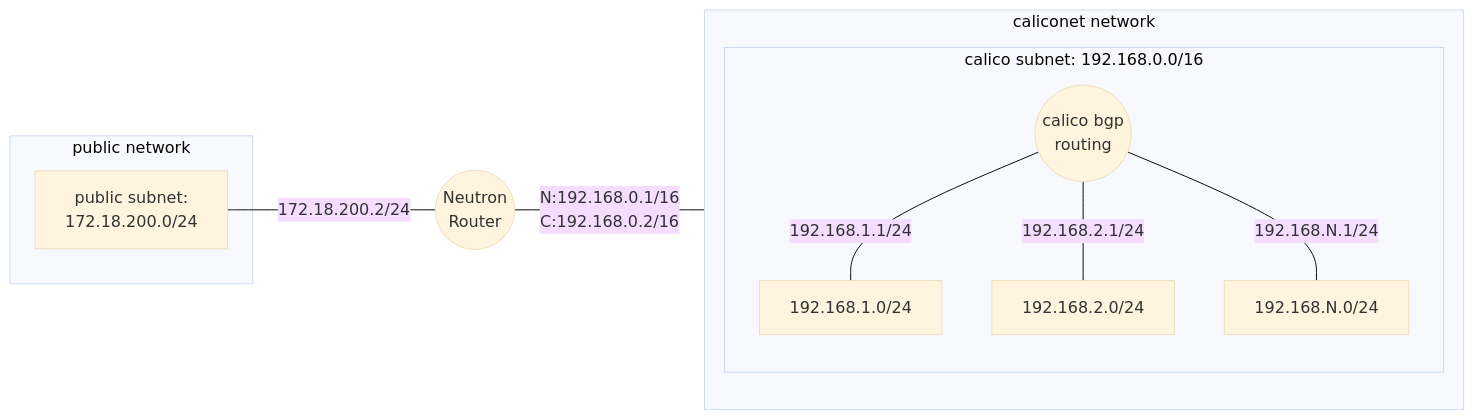
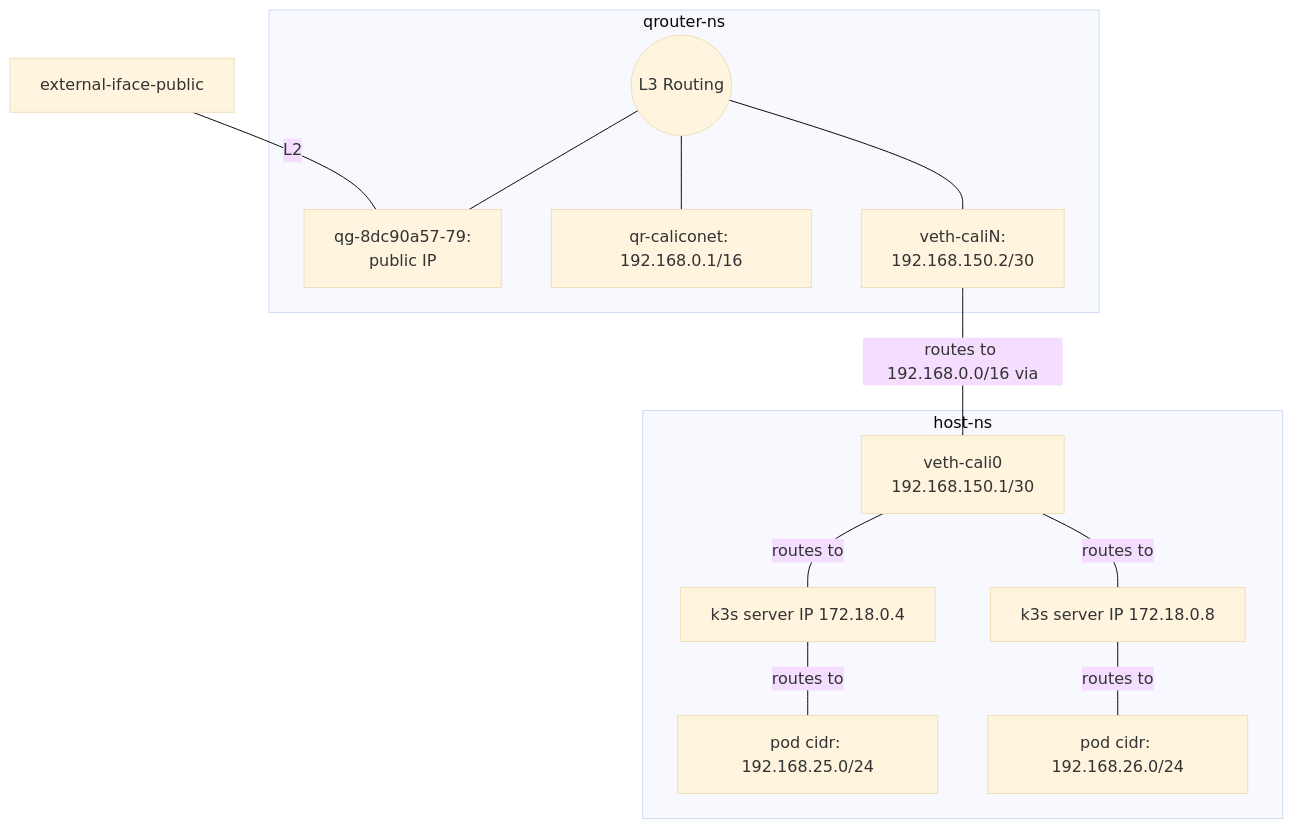
The sixth of 7 diagrams in docs/chi_edge/networking.md (ChameleonCloud/chi-edge-docs), drawn with Mermaid (base theme) before and after one commit. The commit also changed other lines of this file, not shown here.

Commit message:
document neutron->calico theory

````diff
--- a/docs/chi_edge/networking.md
+++ b/docs/chi_edge/networking.md
@@ -219,24 +233,18 @@
 ```mermaid
-flowchart LR
 
-    neutron-router((Neutron \n Router))
+flowchart TD
+  
+    external-iface-public-- L2 --- qg-public
 
-    subgraph public network
-        public-subnet[public subnet: \n 172.18.200.0/24]
+    subgraph qrouter-ns
+        iptables((L3 Routing))
+        iptables --- qg-public[qg-8dc90a57-79: \n public IP]
+        iptables --- qr-caliconet[qr-caliconet: 192.168.0.1/16]
+        iptables --- veth-caliN[veth-caliN: \n 192.168.150.2/30]
     end
-
-    subgraph caliconet network
-        direction TB
-        
-        subgraph calico-subnet[calico subnet: 192.168.0.0/16]
-            calico-node((calico bgp \n routing))
-            calico-node-- 192.168.1.1/24 --- node1-cidr[192.168.1.0/24]
-            calico-node-- 192.168.2.1/24 --- node2-cidr[192.168.2.0/24]
-            calico-node-- 192.168.N.1/24 --- node3-cidr[192.168.N.0/24]
-        end
-        
+    veth-caliN-- routes to 192.168.0.0/16 via --- veth-cali0[veth-cali0 \n 192.168.150.1/30]
+    subgraph host-ns
+        veth-cali0-- routes to --- server1[k3s server IP 172.18.0.4]-- routes to ---podcidr1[pod cidr: 192.168.25.0/24]
+        veth-cali0-- routes to --- server2[k3s server IP 172.18.0.8]-- routes to ---podcidr2[pod cidr: 192.168.26.0/24]
     end
-
-    public-subnet-- 172.18.200.2/24 --- neutron-router
-    neutron-router-- N:192.168.0.1/16 \n C:192.168.0.2/16 --- calico-node
 ```
````
